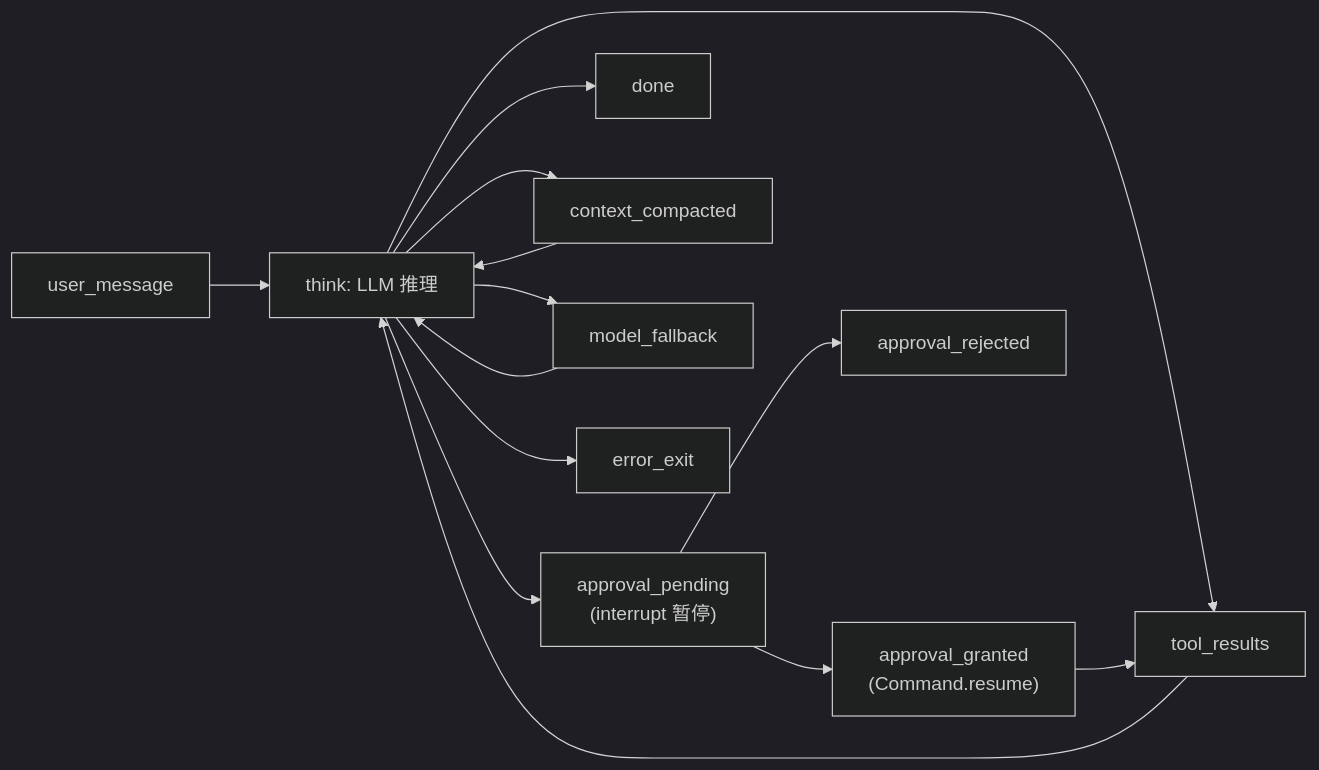
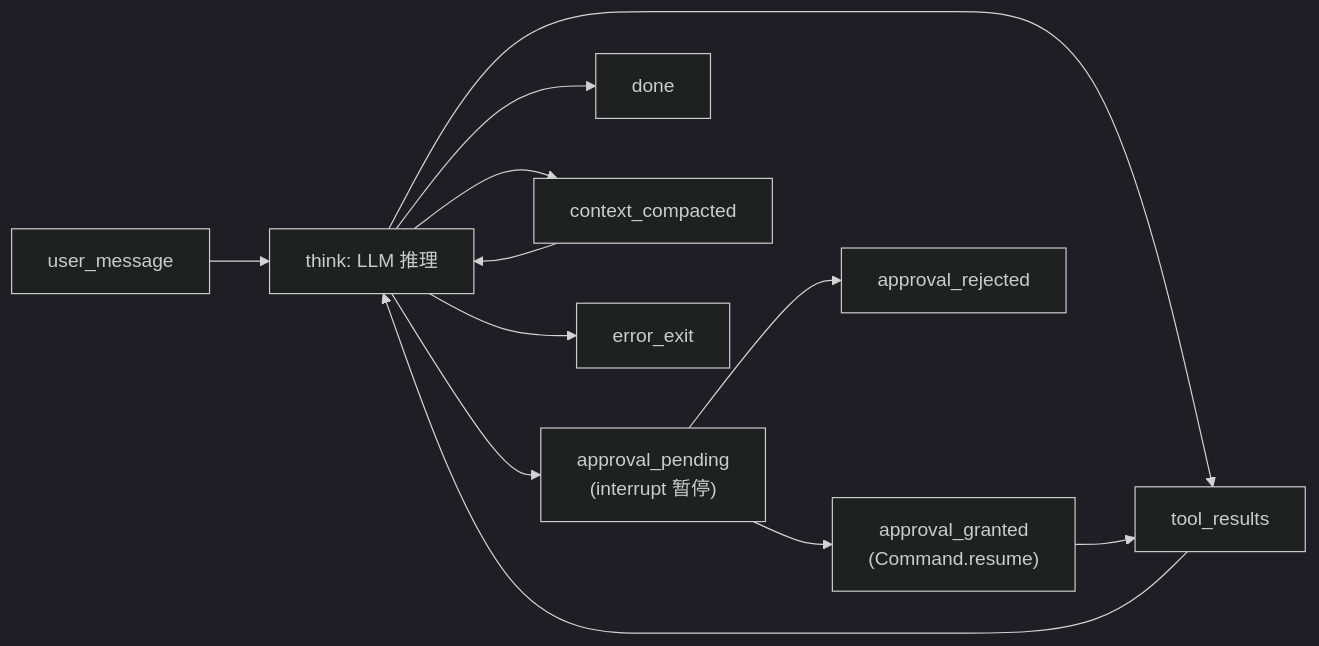
The fifth of 10 diagrams in web-server/graph.md (nazzeDe/alascup-agent), drawn with Mermaid (dark theme) before and after one commit. The commit also changed other lines of this file and 33 other files, not shown here.

````diff
--- a/web-server/graph.md
+++ b/web-server/graph.md
@@ -296,16 +296,14 @@
 ```mermaid
 graph LR
     node_user["user_message"] --> node_think["think: LLM 推理"]
     node_think --> node_tools["tool_results"]
     node_think --> node_approval["approval_pending<br/>(interrupt 暂停)"]
     node_approval --> node_granted["approval_granted<br/>(Command.resume)"]
     node_approval --> node_rejected["approval_rejected"]
     node_tools --> node_think
     node_granted --> node_tools
     node_think --> node_done["done"]
     node_think --> context_compacted["context_compacted"]
-    node_think --> model_fallback["model_fallback"]
     context_compacted --> node_think
-    model_fallback --> node_think
     node_think --> error_exit["error_exit"]
 ```
````
